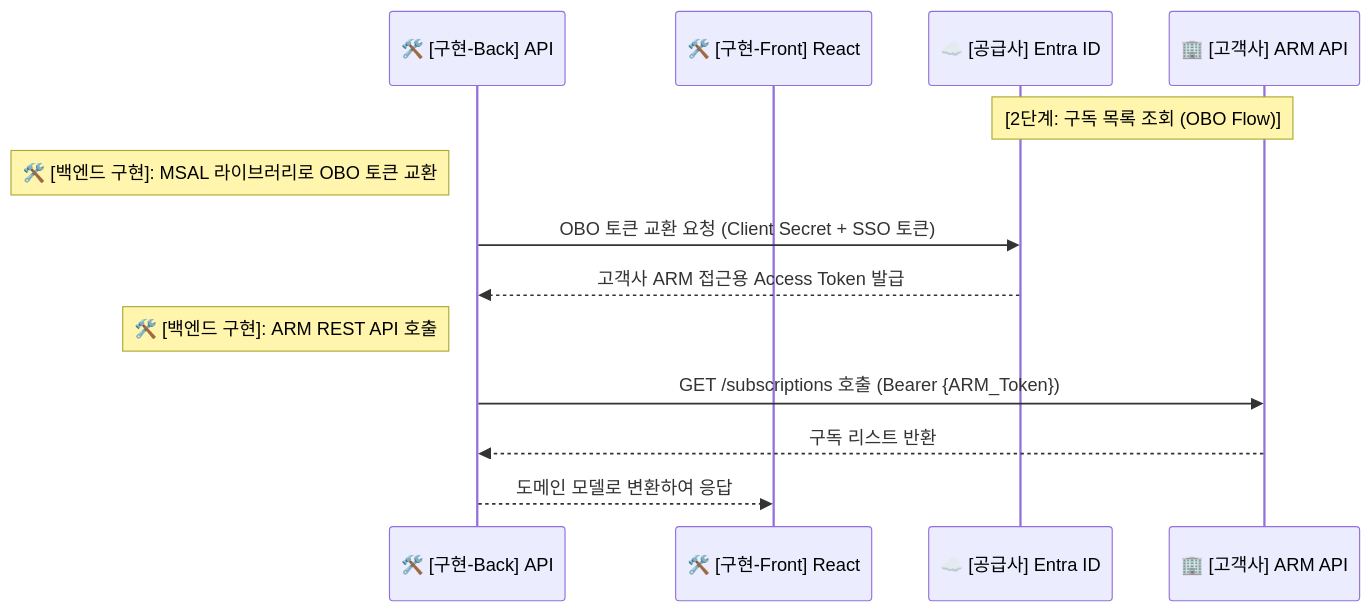
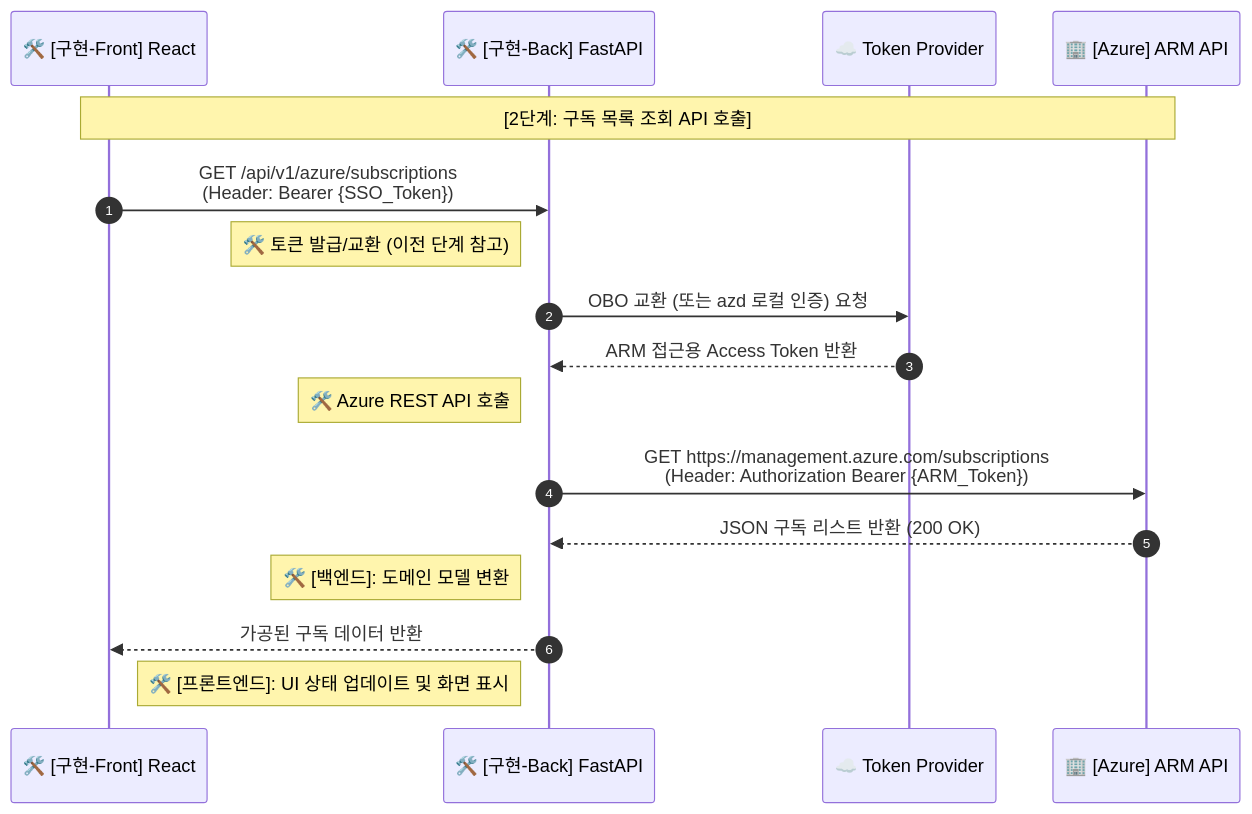
One commit to chjcmy/study changed the first of 3 diagrams in azure/projects/2-obo-flow-subscription.md. Above: the diagram before and after it, drawn with Mermaid. The commit also changed other lines of this file, not shown here.

Commit message:
docs(azure): mark phase 2 (obo-flow) as completed

````diff
--- a/azure/projects/2-obo-flow-subscription.md
+++ b/azure/projects/2-obo-flow-subscription.md
@@ -25,17 +27,25 @@
 ```mermaid
 sequenceDiagram
-    participant SaaS as 🛠️ [구현-Back] API
+    autonumber
     participant Teams as 🛠️ [구현-Front] React
-    participant P_Entra as ☁️ [공급사] Entra ID
-    participant ARM as 🏢 [고객사] ARM API
+    participant SaaS as 🛠️ [구현-Back] FastAPI
+    participant Auth as ☁️ Token Provider
+    participant ARM as 🏢 [Azure] ARM API
 
-    Note over P_Entra, ARM: [2단계: 구독 목록 조회 (OBO Flow)]
-    Note left of SaaS: 🛠️ [백엔드 구현]: MSAL 라이브러리로 OBO 토큰 교환
-    SaaS->>P_Entra: OBO 토큰 교환 요청 (Client Secret + SSO 토큰)
-    P_Entra-->>SaaS: 고객사 ARM 접근용 Access Token 발급
+    Note over Teams, ARM: [2단계: 구독 목록 조회 API 호출]
     
-    Note left of SaaS: 🛠️ [백엔드 구현]: ARM REST API 호출
-    SaaS->>ARM: GET /subscriptions 호출 (Bearer {ARM_Token})
-    ARM-->>SaaS: 구독 리스트 반환
-    SaaS-->>Teams: 도메인 모델로 변환하여 응답
+    Teams->>SaaS: GET /api/v1/azure/subscriptions<br/>(Header: Bearer {SSO_Token})
+    
+    Note left of SaaS: 🛠️ 토큰 발급/교환 (이전 단계 참고)
+    SaaS->>Auth: OBO 교환 (또는 azd 로컬 인증) 요청
+    Auth-->>SaaS: ARM 접근용 Access Token 반환
+    
+    Note left of SaaS: 🛠️ Azure REST API 호출
+    SaaS->>ARM: GET https://management.azure.com/subscriptions<br/>(Header: Authorization Bearer {ARM_Token})
+    ARM-->>SaaS: JSON 구독 리스트 반환 (200 OK)
+    
+    Note left of SaaS: 🛠️ [백엔드]: 도메인 모델 변환
+    SaaS-->>Teams: 가공된 구독 데이터 반환
+    
+    Note right of Teams: 🛠️ [프론트엔드]: UI 상태 업데이트 및 화면 표시
 ```
````
